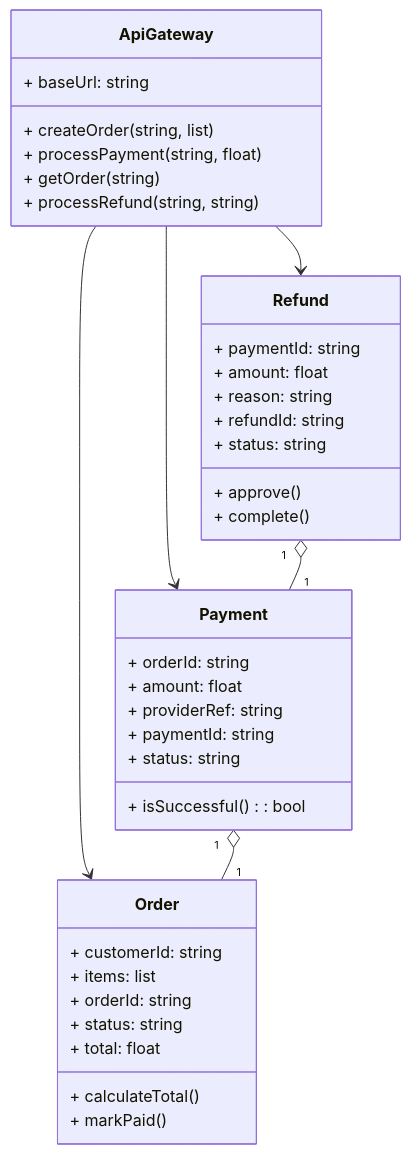
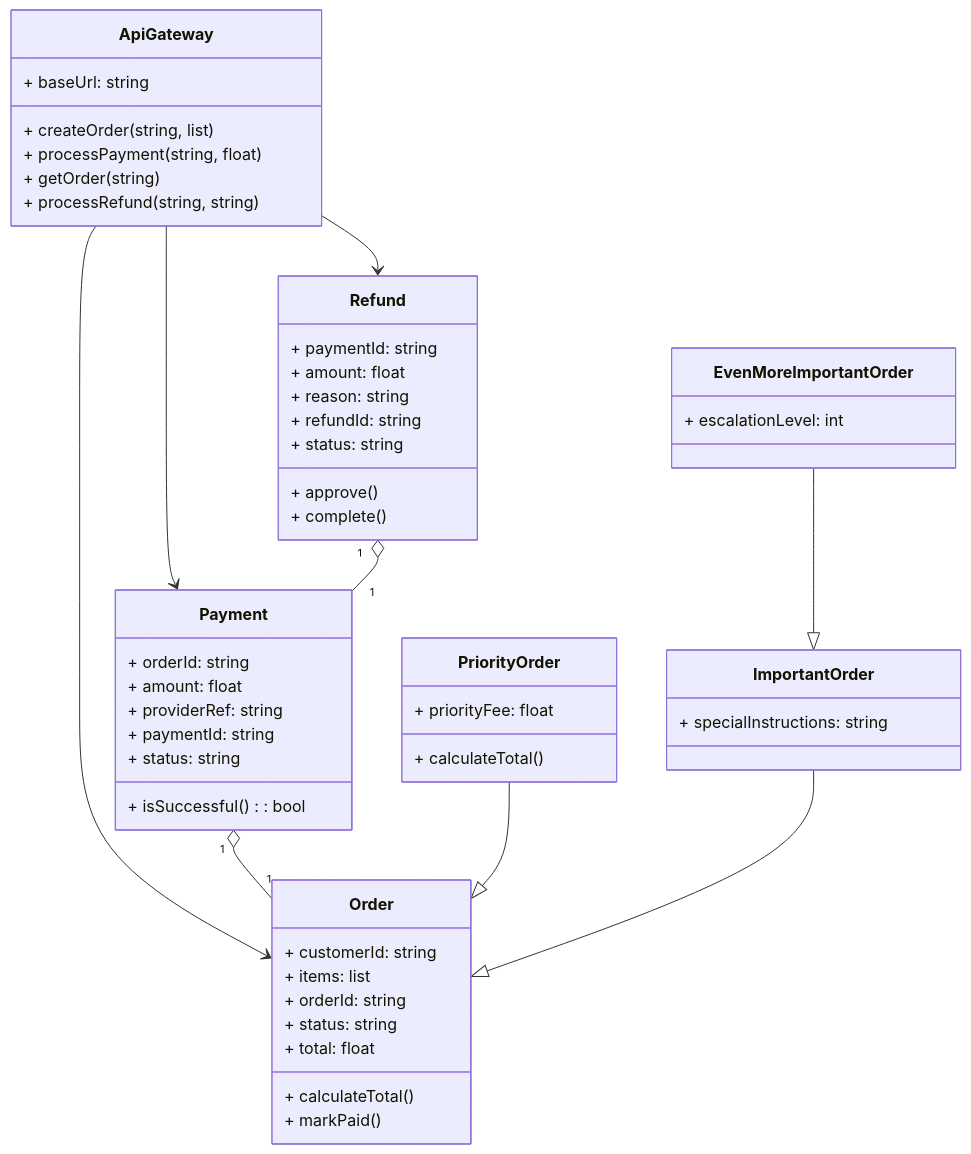
The diagram in docs/architecture/uml_domain_model.md (matzatezalo/local_arcbot_testing), drawn with Mermaid before and after one commit. The commit also changed other lines of this file, not shown here.

Commit message:
feat: Generated architecture diagrams

````diff
--- a/docs/architecture/uml_domain_model.md
+++ b/docs/architecture/uml_domain_model.md
@@ -9,41 +9,54 @@
 ```mermaid
 classDiagram
     class ApiGateway {
         + baseUrl: string
         + createOrder(string, list)
         + processPayment(string, float)
         + getOrder(string)
         + processRefund(string, string)
     }
     class Order {
         + customerId: string
         + items: list
         + orderId: string
         + status: string
         + total: float
         + calculateTotal()
         + markPaid()
+    }
+    class PriorityOrder {
+        + priorityFee: float
+        + calculateTotal()
+    }
+    class ImportantOrder {
+        + specialInstructions: string
+    }
+    class EvenMoreImportantOrder {
+        + escalationLevel: int
     }
     class Payment {
         + orderId: string
         + amount: float
         + providerRef: string
         + paymentId: string
         + status: string
         + isSuccessful(): bool
     }
     class Refund {
         + paymentId: string
         + amount: float
         + reason: string
         + refundId: string
         + status: string
         + approve()
         + complete()
     }
     ApiGateway --> Order
     ApiGateway --> Payment
     ApiGateway --> Refund
     Payment "1" o-- "1" Order
     Refund "1" o-- "1" Payment
+    PriorityOrder --|> Order
+    ImportantOrder --|> Order
+    EvenMoreImportantOrder --|> ImportantOrder
 ```
````
